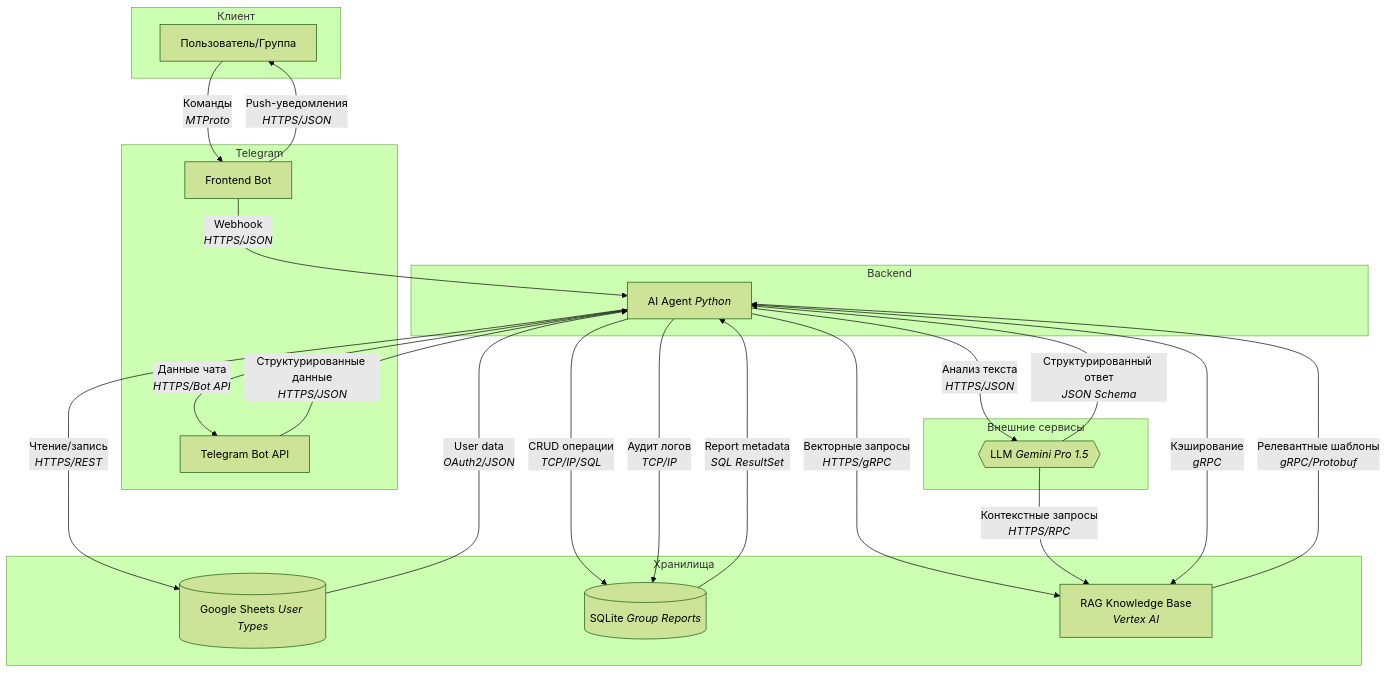
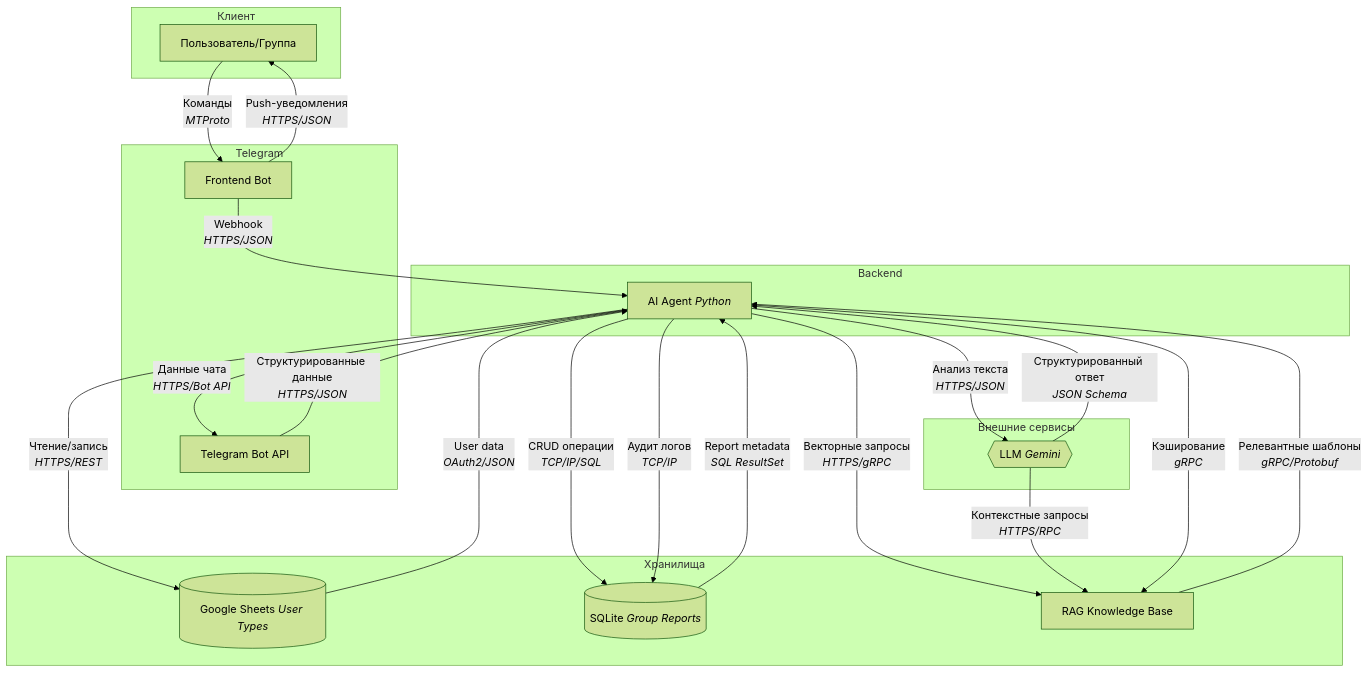
One commit to toxicneka/catlover changed the diagram in README.md. Above: the diagram before and after it, drawn with Mermaid (forest theme).

````diff
--- a/README.md
+++ b/README.md
@@ -1,47 +1,47 @@
 ```mermaid
 graph TD
     subgraph "Клиент"
         A[Пользователь/Группа]
     end
 
     subgraph "Telegram"
         B[Frontend Bot]
         I[Telegram Bot API]
     end
 
     subgraph "Backend"
         D[AI Agent <i>Python</i>]
     end
 
     subgraph "Хранилища"
         E[(Google Sheets <i>User Types</i>)]
         F[(SQLite <i>Group Reports</i>)]
-        J[RAG Knowledge Base<br><i>Vertex AI</i>]
+        J[RAG Knowledge Base<br>]
     end
 
     subgraph "Внешние сервисы"
-        G{{LLM <i>Gemini Pro 1.5</i>}}
+        G{{LLM <i>Gemini</i>}}
     end
 
     %% Прямые связи с протоколами
     A -- Команды<br><i>MTProto</i> --> B
     B -- Webhook<br><i>HTTPS/JSON</i> --> D
     D -- Чтение/запись<br><i>HTTPS/REST</i> --> E
     D -- CRUD операции<br><i>TCP/IP/SQL</i> --> F
     D -- Векторные запросы<br><i>HTTPS/gRPC</i> --> J
     D -- Анализ текста<br><i>HTTPS/JSON</i> --> G
     D -- Данные чата<br><i>HTTPS/Bot API</i> --> I
     G -- Контекстные запросы<br><i>HTTPS/RPC</i> --> J
     
     %% Обратные связи с протоколами
     B -- Push-уведомления<br><i>HTTPS/JSON</i> --> A
     I -- Структурированные данные<br><i>HTTPS/JSON</i> --> D
     J -- Релевантные шаблоны<br><i>gRPC/Protobuf</i> --> D
     G -- Структурированный ответ<br><i>JSON Schema</i> --> D
     E -- User data<br><i>OAuth2/JSON</i> --> D
     F -- Report metadata<br><i>SQL ResultSet</i> --> D
     
     %% Дополнительные связи
     D -- Кэширование<br><i>gRPC</i> --> J
     D -- Аудит логов<br><i>TCP/IP</i> --> F
 ```
````
